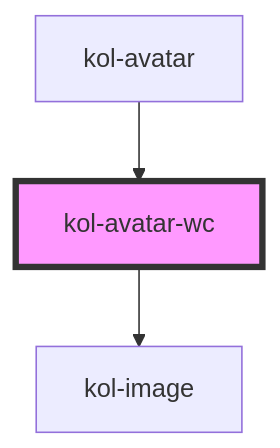
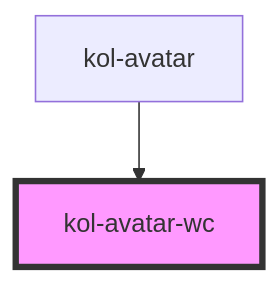
The diagram in packages/components/src/components/avatar/readme.md (public-ui/kolibri), drawn with Mermaid before and after one commit. The commit also changed other lines of this file and 65 other files, not shown here.

````diff
--- a/packages/components/src/components/avatar/readme.md
+++ b/packages/components/src/components/avatar/readme.md
@@ -66,6 +62,5 @@
 ```mermaid
 graph TD;
-  kol-avatar-wc --> kol-image
   kol-avatar --> kol-avatar-wc
   style kol-avatar-wc fill:#f9f,stroke:#333,stroke-width:4px
 ```
````
